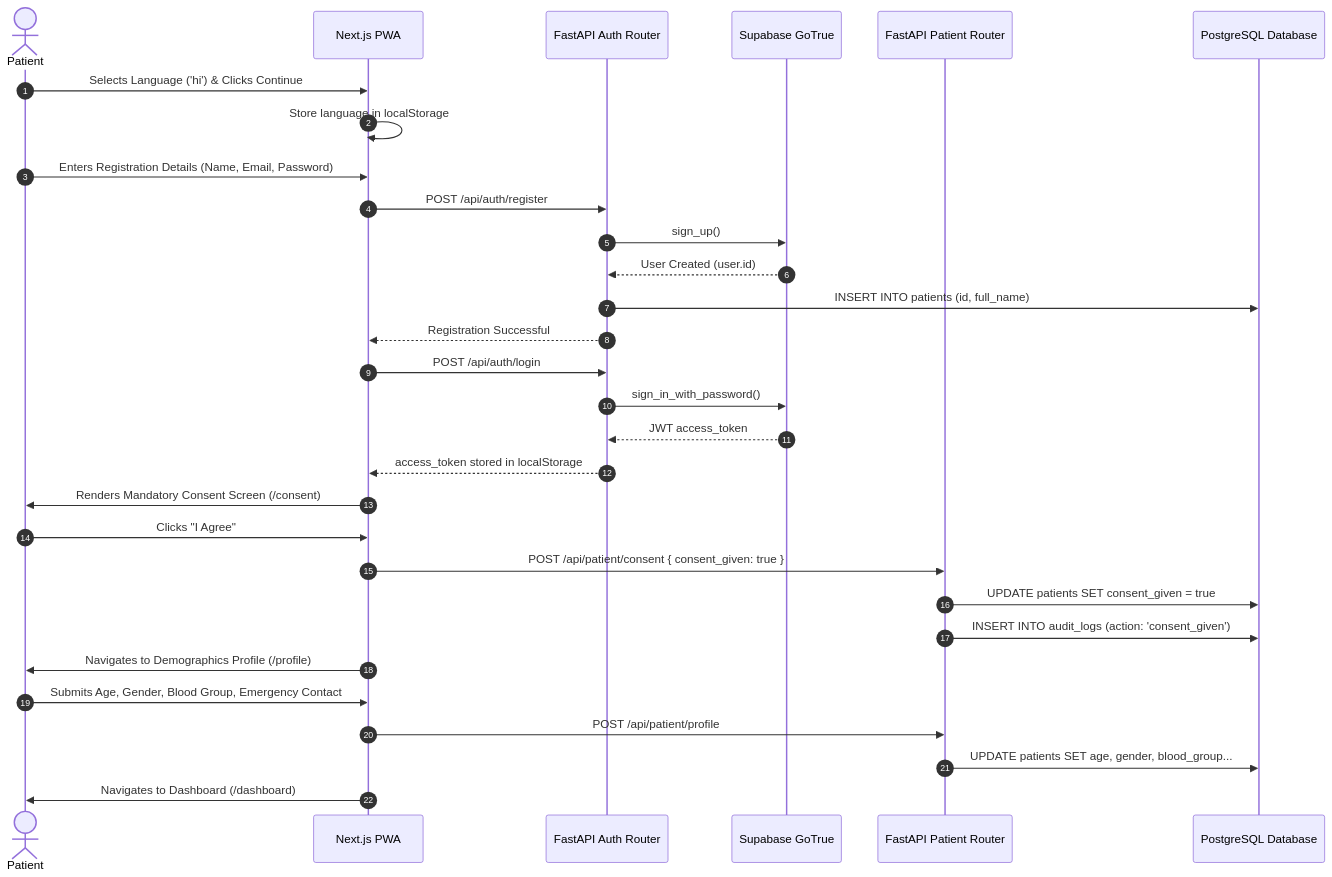
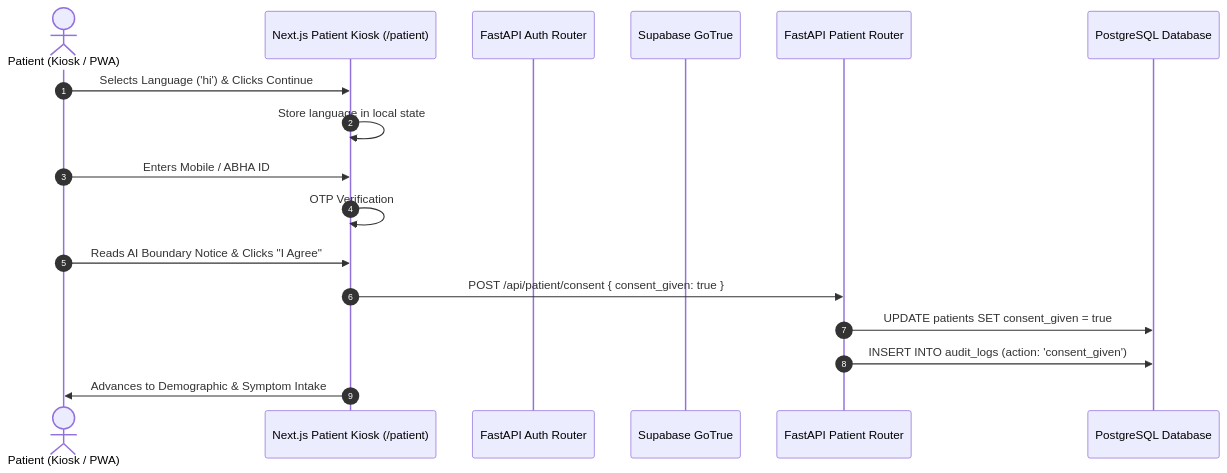
One commit to DakshChaudhary2668/MediKiosk changed the first of 5 diagrams in docs/data-flows.md. Above: the diagram before and after it, drawn with Mermaid. The commit also changed other lines of this file and 33 other files, not shown here.

Commit message:
feat: backend contracts alignment, P0 auto-escalation, RBAC, kiosk auth, and technical documentation suite

````diff
--- a/docs/data-flows.md
+++ b/docs/data-flows.md
@@ -9,33 +9,20 @@
 ```mermaid
 sequenceDiagram
     autonumber
-    actor Patient
-    participant UI as Next.js PWA
+    actor Patient as Patient (Kiosk / PWA)
+    participant UI as Next.js Patient Kiosk (/patient)
     participant Auth as FastAPI Auth Router
     participant SupaAuth as Supabase GoTrue
     participant PatRouter as FastAPI Patient Router
     participant DB as PostgreSQL Database
 
     Patient->>UI: Selects Language ('hi') & Clicks Continue
-    UI->>UI: Store language in localStorage
-    Patient->>UI: Enters Registration Details (Name, Email, Password)
-    UI->>Auth: POST /api/auth/register
-    Auth->>SupaAuth: sign_up()
-    SupaAuth-->>Auth: User Created (user.id)
-    Auth->>DB: INSERT INTO patients (id, full_name)
-    Auth-->>UI: Registration Successful
-    UI->>Auth: POST /api/auth/login
-    Auth->>SupaAuth: sign_in_with_password()
-    SupaAuth-->>Auth: JWT access_token
-    Auth-->>UI: access_token stored in localStorage
-    UI->>Patient: Renders Mandatory Consent Screen (/consent)
-    Patient->>UI: Clicks "I Agree"
+    UI->>UI: Store language in local state
+    Patient->>UI: Enters Mobile / ABHA ID
+    UI->>UI: OTP Verification
+    Patient->>UI: Reads AI Boundary Notice & Clicks "I Agree"
     UI->>PatRouter: POST /api/patient/consent { consent_given: true }
     PatRouter->>DB: UPDATE patients SET consent_given = true
     PatRouter->>DB: INSERT INTO audit_logs (action: 'consent_given')
-    UI->>Patient: Navigates to Demographics Profile (/profile)
-    Patient->>UI: Submits Age, Gender, Blood Group, Emergency Contact
-    UI->>PatRouter: POST /api/patient/profile
-    PatRouter->>DB: UPDATE patients SET age, gender, blood_group...
-    UI->>Patient: Navigates to Dashboard (/dashboard)
+    UI->>Patient: Advances to Demographic & Symptom Intake
 ```
````
